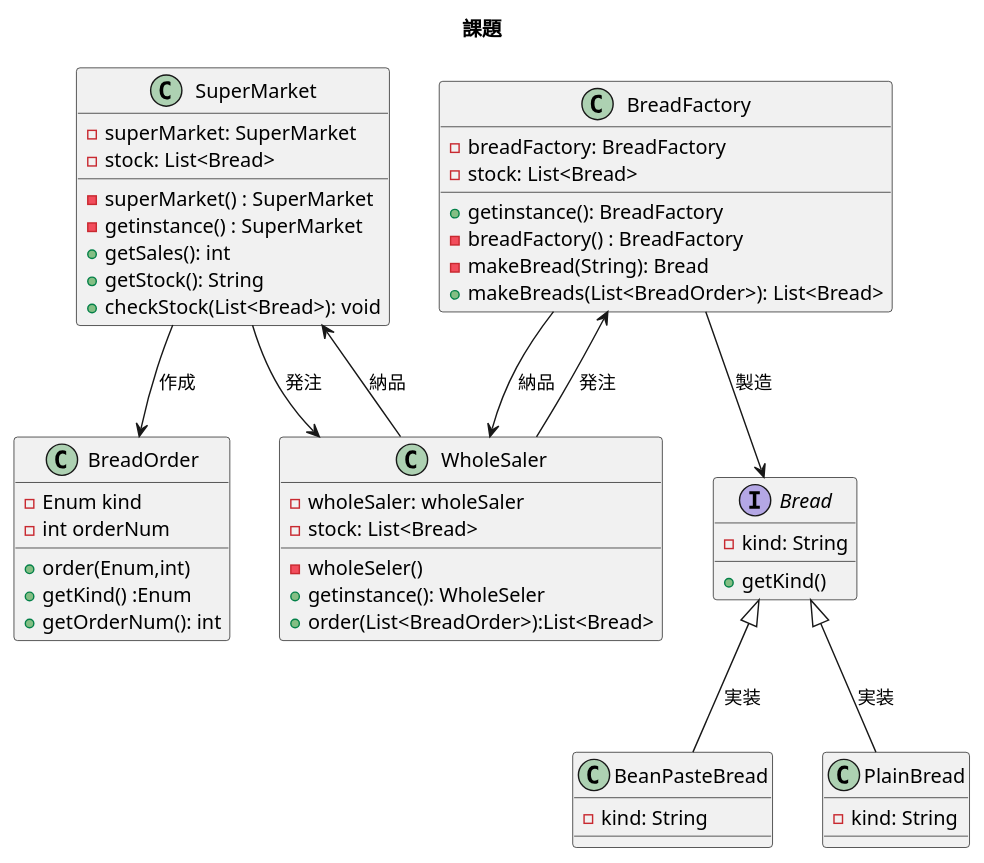
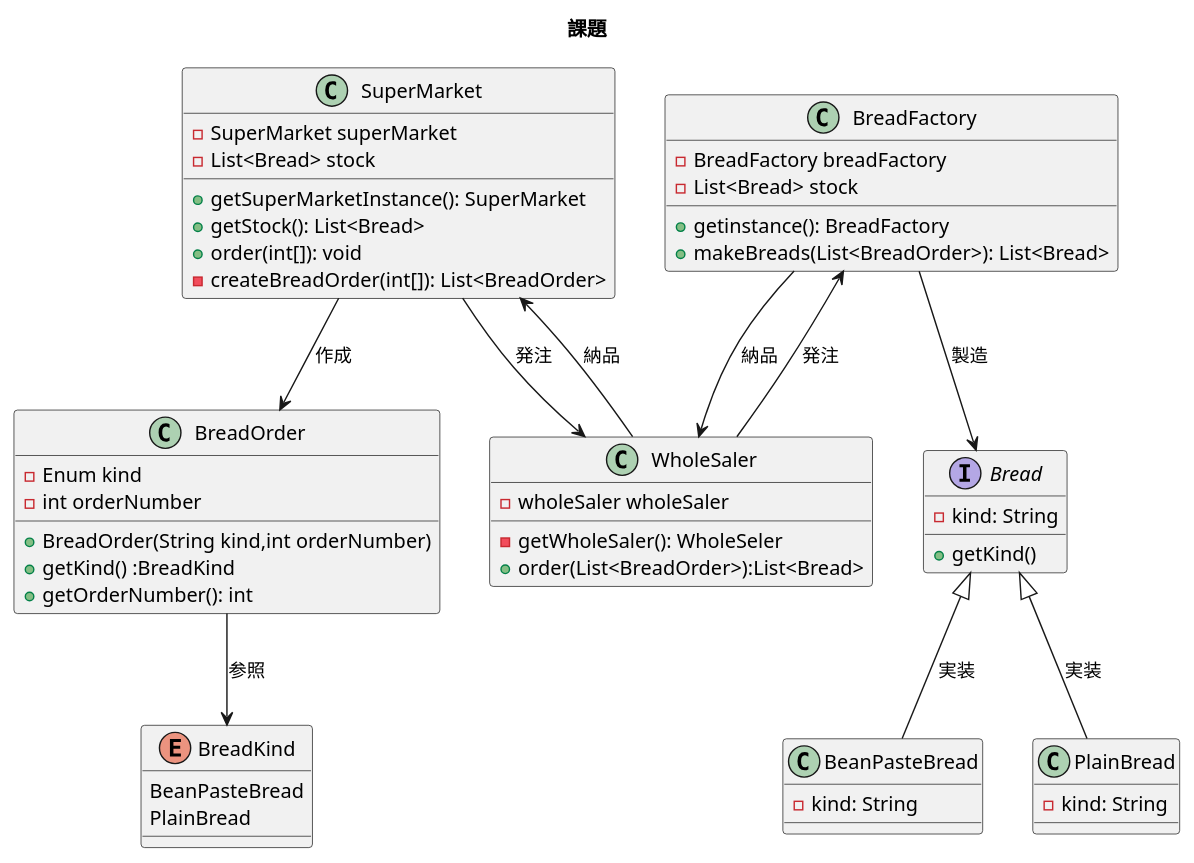
One commit to Nekonisi/Study changed the diagram in 02_技術/デザインパターン/課題/クラス図.pu. Above: the diagram before and after it, drawn with PlantUML. The commit also changed 1 other file, not shown here.

Commit message:
クラス図の更新

```diff
--- a/02_技術/デザインパターン/課題/クラス図.pu
+++ b/02_技術/デザインパターン/課題/クラス図.pu
@@ -4,65 +4,66 @@
 @startuml
 
 title 課題
 
 class SuperMarket {
-	-superMarket: SuperMarket
-	-stock: List<Bread>
-	-superMarket() : SuperMarket
-	-getinstance() : SuperMarket
-	+getSales(): int
-	+getStock(): String
-	+checkStock(List<Bread>): void
+	-SuperMarket superMarket
+	-List<Bread> stock
+	+getSuperMarketInstance(): SuperMarket
+	+getStock(): List<Bread>
+	+order(int[]): void
+	-createBreadOrder(int[]): List<BreadOrder>
 }
 
 Class BreadOrder {
 	-Enum kind
-	-int orderNum
-	+order(Enum,int)
-	+getKind() :Enum
-	+getOrderNum(): int
+	-int orderNumber
+	+BreadOrder(String kind,int orderNumber)
+	+getKind() :BreadKind
+	+getOrderNumber(): int
+}
+
+Enum BreadKind {
+	BeanPasteBread
+	PlainBread
 }
 
 class WholeSaler{
-	-wholeSaler: wholeSaler
-	-stock: List<Bread>
-	-wholeSeler()
-	+getinstance(): WholeSeler
+	-wholeSaler wholeSaler
+	-getWholeSaler(): WholeSeler
 	+order(List<BreadOrder>):List<Bread>
 }
 
 class BreadFactory {
-	-breadFactory: BreadFactory
-	-stock: List<Bread>
+	-BreadFactory breadFactory
+	-List<Bread> stock
 	+getinstance(): BreadFactory
-	-breadFactory() : BreadFactory
-	-makeBread(String): Bread
 	+makeBreads(List<BreadOrder>): List<Bread>
 }
 
 interface Bread {
  -kind: String
  +getKind()
 }
 
 class BeanPasteBread {
 	-kind: String
 }
 
 class PlainBread{
 	-kind: String
 }
 
 SuperMarket --> WholeSaler: 発注
 SuperMarket <-- WholeSaler: 納品
 SuperMarket --> BreadOrder : 作成
+BreadOrder --> BreadKind: 参照
 
 Bread <|-- BeanPasteBread: 実装
 Bread <|-- PlainBread: 実装
 
 BreadFactory --> Bread: 製造
 
 BreadFactory --> WholeSaler: 納品
 BreadFactory <-- WholeSaler: 発注
 
 @enduml
```
